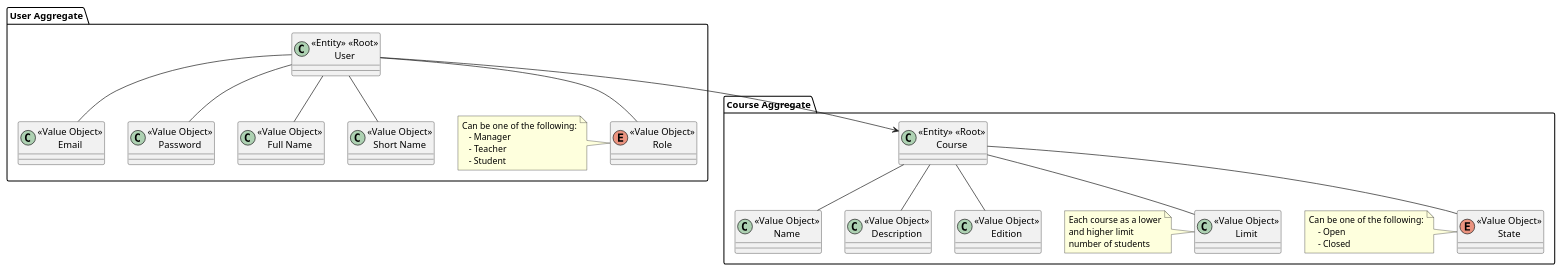
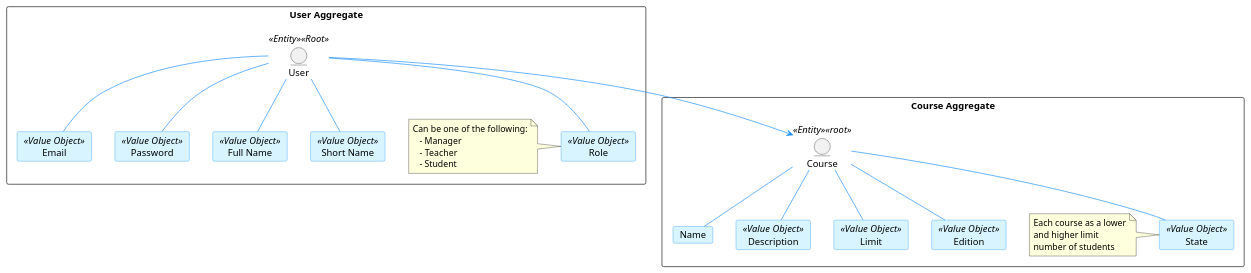
One commit to brunacosta03/sem4pi_22_23 changed the diagram in docs/1211201/DomainModel.puml. Above: the diagram before and after it, drawn with PlantUML.

Commit message:
docs: My domain model part refactoring #2

```diff
--- a/docs/1211201/DomainModel.puml
+++ b/docs/1211201/DomainModel.puml
@@ -1,61 +1,75 @@
 @startuml
 'https://plantuml.com/class-diagram
 
+hide methods
+
+skinparam classAttributeIconSize 0
+
+skinparam class {
+    LifeLineBorderColor DodgerBlue
+    LifeLineBackgroundColor APPLICATION
+    BackgroundColor #D8F5FF
+    ArrowColor DodgerBlue
+    BorderColor DodgerBlue
+}
+
+skinparam packageStyle rectangle
+skinparam card {
+    LifeLineBorderColor DodgerBlue
+    LifeLineBackgroundColor APPLICATION
+    BackgroundColor #D8F5FF
+    ArrowColor DodgerBlue
+    BorderColor DodgerBlue
+}
 
 
 package "User Aggregate"{
 
-    class "<<Entity>> <<Root>>\nUser" as user
+    entity User <<Entity>> <<Root>> as user
 
-    class "<<Value Object>>\nEmail" as email
-    class "<<Value Object>>\nPassword" as pass
-    class "<<Value Object>>\nFull Name" as fn
-    class "<<Value Object>>\nShort Name" as sn
-    enum "<<Value Object>>\nRole" as role
+    card Email <<Value Object>> as email
+    card Password <<Value Object>> as pass
+    card "Full Name" <<Value Object>> as fn
+    card "Short Name" <<Value Object>> as sn
+    card Role <<Value Object>> as role
 
     user -- email
     user -- pass
     user -- fn
     user -- sn
     user -- role
 
     note left of role
          Can be one of the following:
             - Manager
             - Teacher
             - Student
     end note
 
 }
 
 package "Course Aggregate"{
-    class "<<Entity>> <<Root>>\nCourse" as course
+    entity Course <<Entity>> <<root>> as course
 
-    class "<<Value Object>>\nName" as cname
-    enum "<<Value Object>>\nState" as cstate
-    class "<<Value Object>>\nDescription" as cdesc
-    class "<<Value Object>>\nLimit" as climit
-    class "<<Value Object>>\nEdition" as cedit
+    card Name as cname
+    card State <<Value Object>> as cstate
+    card Description <<Value Object>> as cdesc
+    card Limit <<Value Object>> as climit
+    card Edition <<Value Object>> as cedit
 
     course -- cname
     course -- cstate
     course -- cdesc
     course -- climit
     course -- cedit
 
     note left of cstate
-        Can be one of the following:
-            - Open
-            - Closed
-    end note
-
-    note left of climit
         Each course as a lower
         and higher limit
         number of students
     end note
 }
 
-user --> course
+    user --> course
 
 @enduml
```
